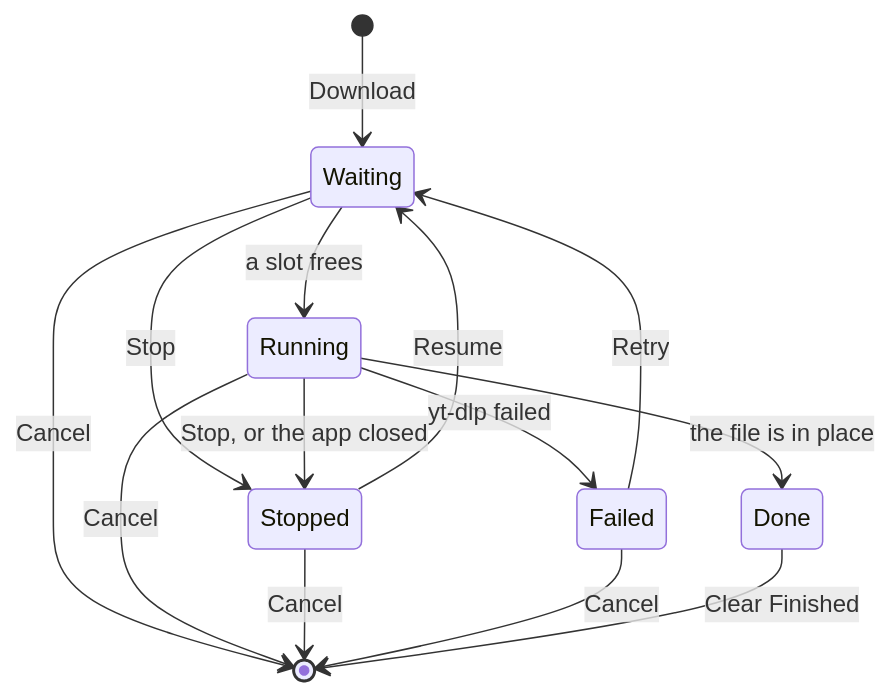
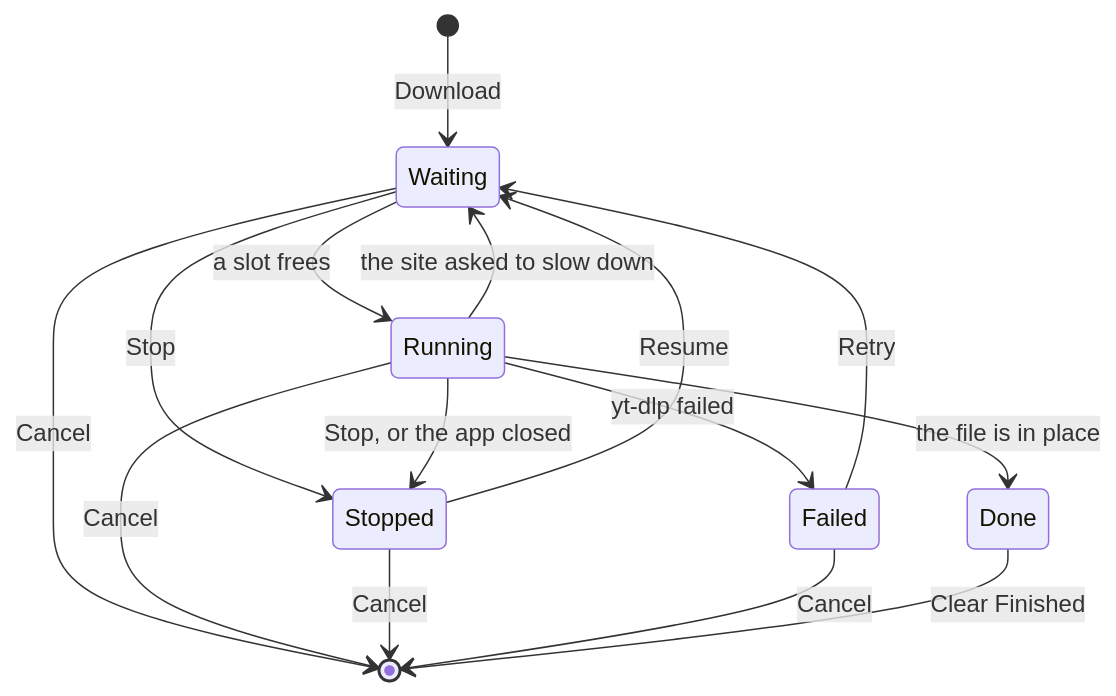
One commit to Fuzen777/Tsundoku changed the second of 2 diagrams in DOCUMENTATION/Docs/Download Pipeline.md. Above: the diagram before and after it, drawn with Mermaid. The commit also changed other lines of this file and 38 other files, not shown here.

````diff
--- a/DOCUMENTATION/Docs/Download Pipeline.md
+++ b/DOCUMENTATION/Docs/Download Pipeline.md
@@ -29,16 +29,17 @@
 ```mermaid
 stateDiagram-v2
     [*] --> Waiting: Download
     Waiting --> Running: a slot frees
     Waiting --> Stopped: Stop
     Running --> Done: the file is in place
     Running --> Failed: yt-dlp failed
+    Running --> Waiting: the site asked to slow down
     Running --> Stopped: Stop, or the app closed
     Stopped --> Waiting: Resume
     Failed --> Waiting: Retry
     Waiting --> [*]: Cancel
     Running --> [*]: Cancel
     Stopped --> [*]: Cancel
     Failed --> [*]: Cancel
     Done --> [*]: Clear Finished
 ```
````
